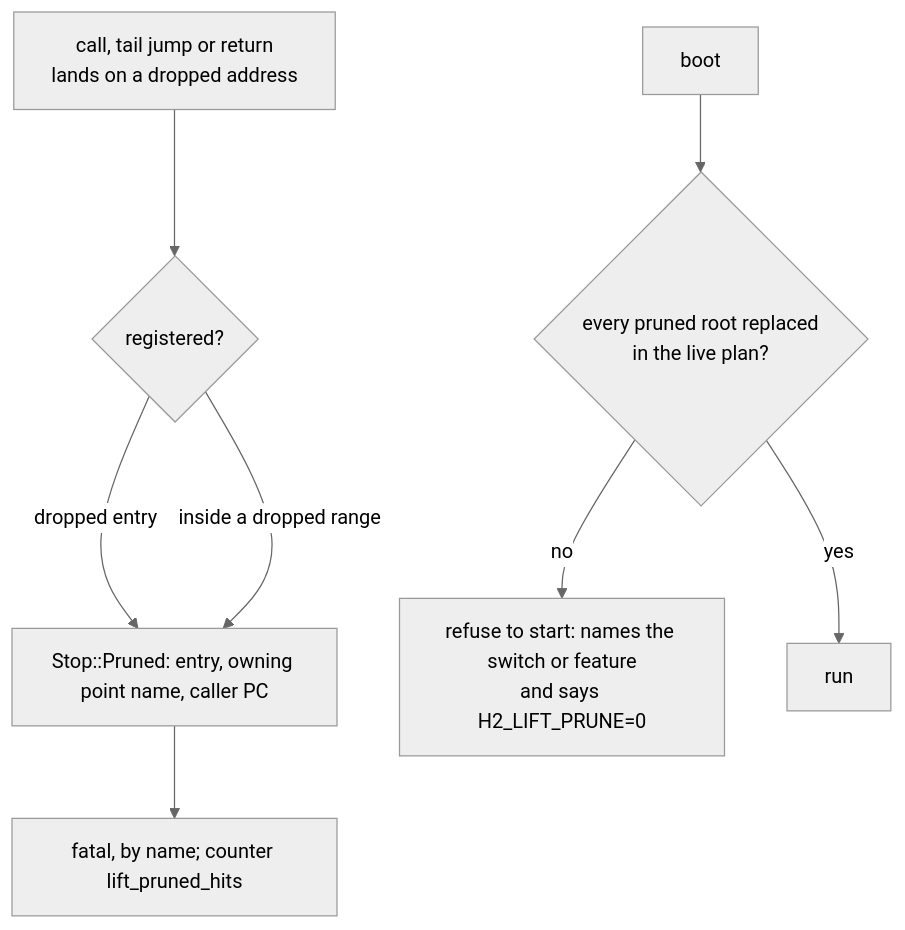
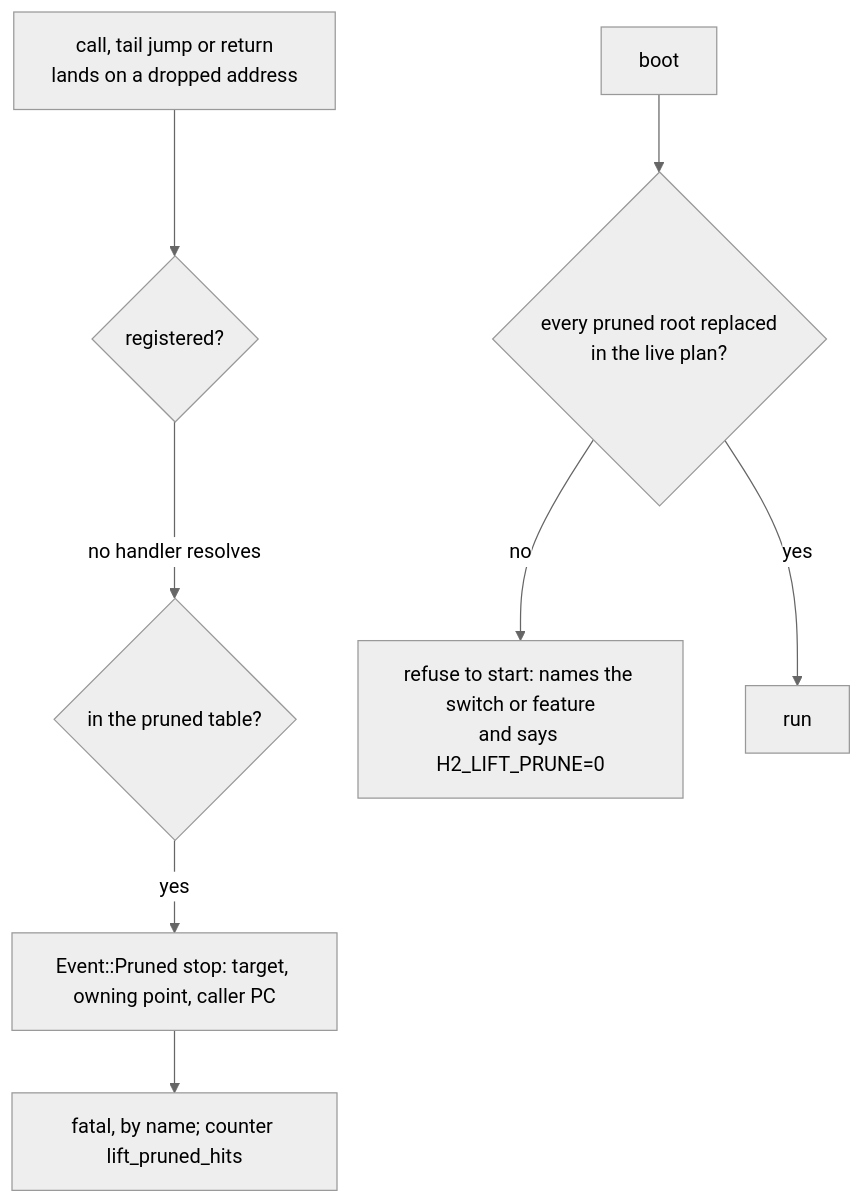
Before and after one commit to 0xdeafcafe/h2r: the second of 2 diagrams in docs/lifter/lift-pruning.md, drawn with Mermaid (neutral theme). The commit also changed other lines of this file and 26 other files, not shown here.

````diff
--- a/docs/lifter/lift-pruning.md
+++ b/docs/lifter/lift-pruning.md
@@ -113,10 +113,10 @@
 ```mermaid
 flowchart TD
     call[call, tail jump or return<br/>lands on a dropped address] --> how{registered?}
-    how -->|dropped entry| stop[Stop::Pruned: entry, owning point name, caller PC]
-    how -->|inside a dropped range| stop
+    how -->|no handler resolves| table{in the pruned table?}
+    table -->|yes| stop[Event::Pruned stop: target, owning point, caller PC]
     stop --> log[fatal, by name; counter lift_pruned_hits]
     boot[boot] --> chk{every pruned root replaced<br/>in the live plan?}
     chk -->|no| refuse[refuse to start: names the switch or feature<br/>and says H2_LIFT_PRUNE=0]
     chk -->|yes| run[run]
 ```
````
